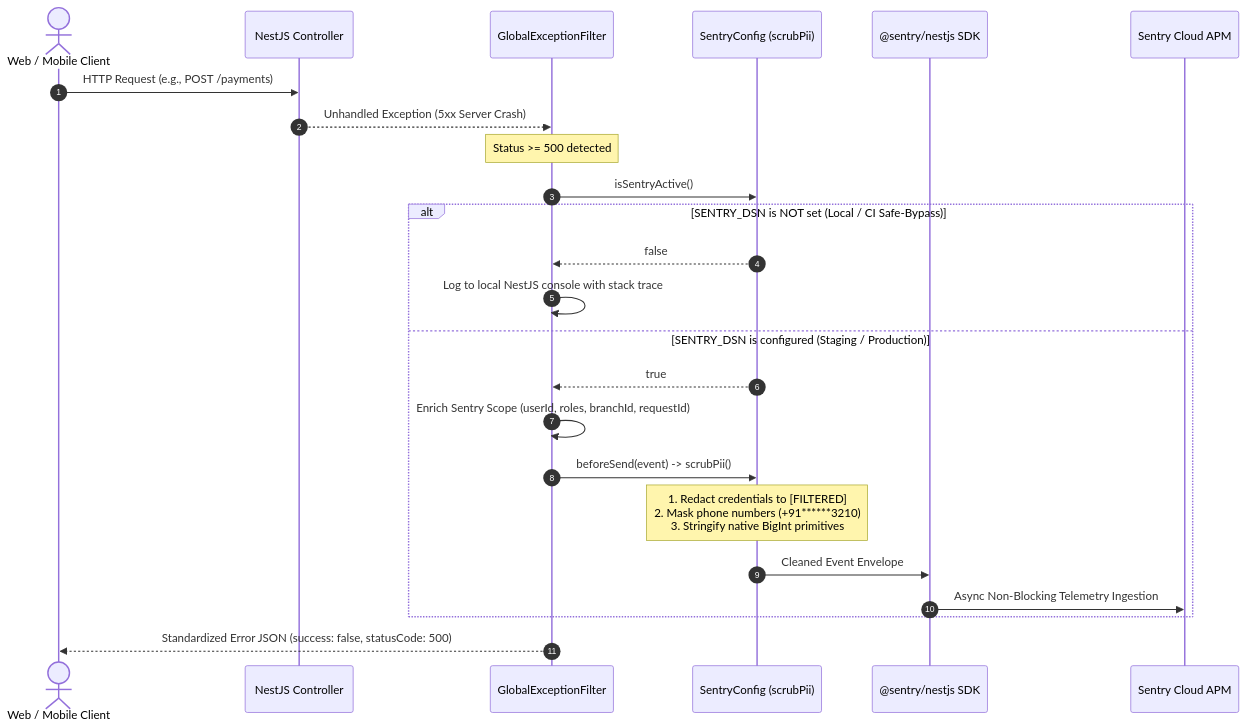
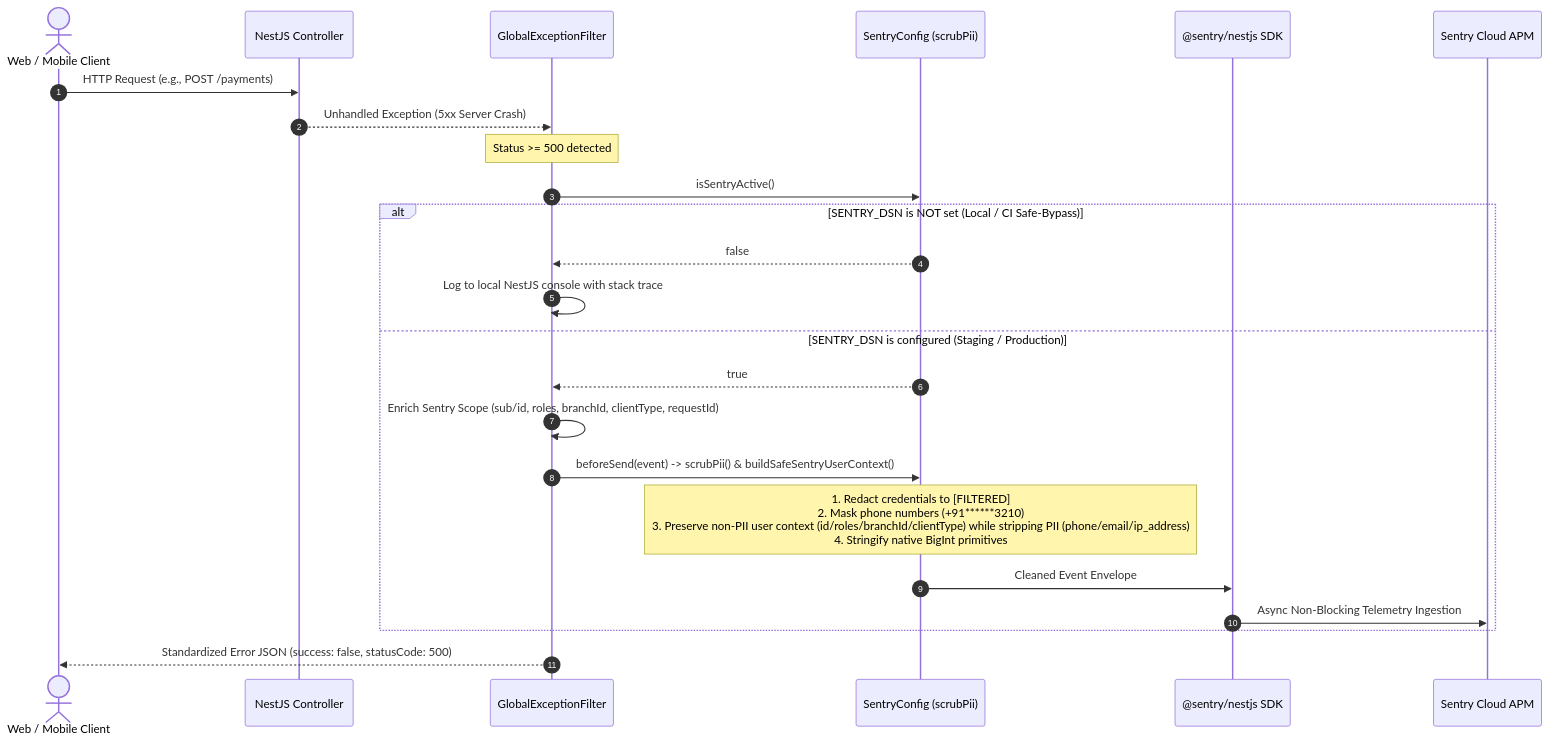
Before and after one commit to Kathir-24/Kumaran-finance: the fourth of 7 diagrams in docs/03-architecture/observability-and-monitoring-architecture.md, drawn with Mermaid. The commit also changed other lines of this file and 6 other files, not shown here.

````diff
--- a/docs/03-architecture/observability-and-monitoring-architecture.md
+++ b/docs/03-architecture/observability-and-monitoring-architecture.md
@@ -176,27 +176,27 @@
 ```mermaid
 sequenceDiagram
     autonumber
     actor Client as Web / Mobile Client
     participant Controller as NestJS Controller
     participant Filter as GlobalExceptionFilter
     participant SentryCfg as SentryConfig (scrubPii)
     participant SentrySDK as @sentry/nestjs SDK
     participant SentryCloud as Sentry Cloud APM
 
     Client->>Controller: HTTP Request (e.g., POST /payments)
     Controller-->>Filter: Unhandled Exception (5xx Server Crash)
     Note over Filter: Status >= 500 detected
     Filter->>SentryCfg: isSentryActive()
     alt SENTRY_DSN is NOT set (Local / CI Safe-Bypass)
         SentryCfg-->>Filter: false
         Filter->>Filter: Log to local NestJS console with stack trace
     else SENTRY_DSN is configured (Staging / Production)
         SentryCfg-->>Filter: true
-        Filter->>Filter: Enrich Sentry Scope (userId, roles, branchId, requestId)
-        Filter->>SentryCfg: beforeSend(event) -> scrubPii()
-        Note over SentryCfg: 1. Redact credentials to [FILTERED]<br/>2. Mask phone numbers (+91******3210)<br/>3. Stringify native BigInt primitives
+        Filter->>Filter: Enrich Sentry Scope (sub/id, roles, branchId, clientType, requestId)
+        Filter->>SentryCfg: beforeSend(event) -> scrubPii() & buildSafeSentryUserContext()
+        Note over SentryCfg: 1. Redact credentials to [FILTERED]<br/>2. Mask phone numbers (+91******3210)<br/>3. Preserve non-PII user context (id/roles/branchId/clientType) while stripping PII (phone/email/ip_address)<br/>4. Stringify native BigInt primitives
         SentryCfg->>SentrySDK: Cleaned Event Envelope
         SentrySDK->>SentryCloud: Async Non-Blocking Telemetry Ingestion
     end
     Filter-->>Client: Standardized Error JSON (success: false, statusCode: 500)
 ```
````
